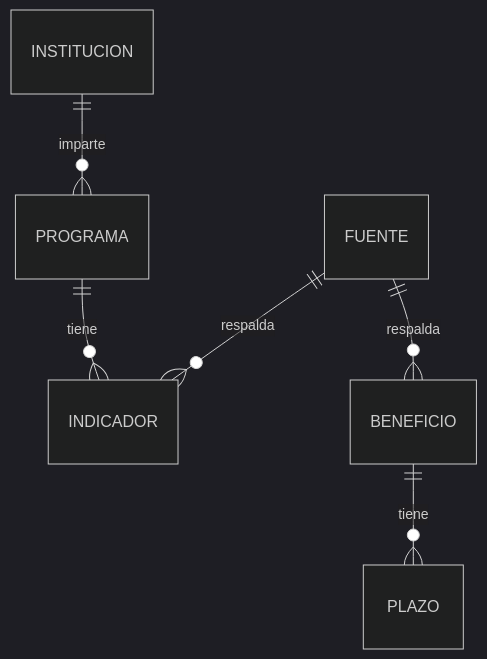
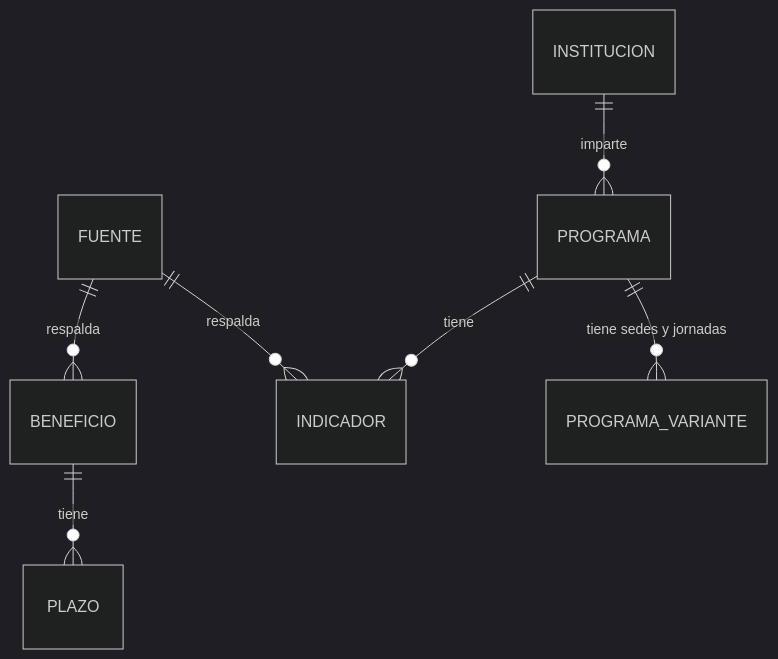
Before and after one commit to AE-SE/Agencia-de-Enlaces-y-Seguimiento-Estudiantil: the third of 5 diagrams in docs/arquitectura.md, drawn with Mermaid (dark theme). The commit also changed other lines of this file and 63 other files, not shown here.

````diff
--- a/docs/arquitectura.md
+++ b/docs/arquitectura.md
@@ -65,8 +88,9 @@
 ```mermaid
 erDiagram
     FUENTE ||--o{ INDICADOR : "respalda"
     INSTITUCION ||--o{ PROGRAMA : "imparte"
+    PROGRAMA ||--o{ PROGRAMA_VARIANTE : "tiene sedes y jornadas"
     PROGRAMA ||--o{ INDICADOR : "tiene"
     BENEFICIO ||--o{ PLAZO : "tiene"
     FUENTE ||--o{ BENEFICIO : "respalda"
 ```
````
